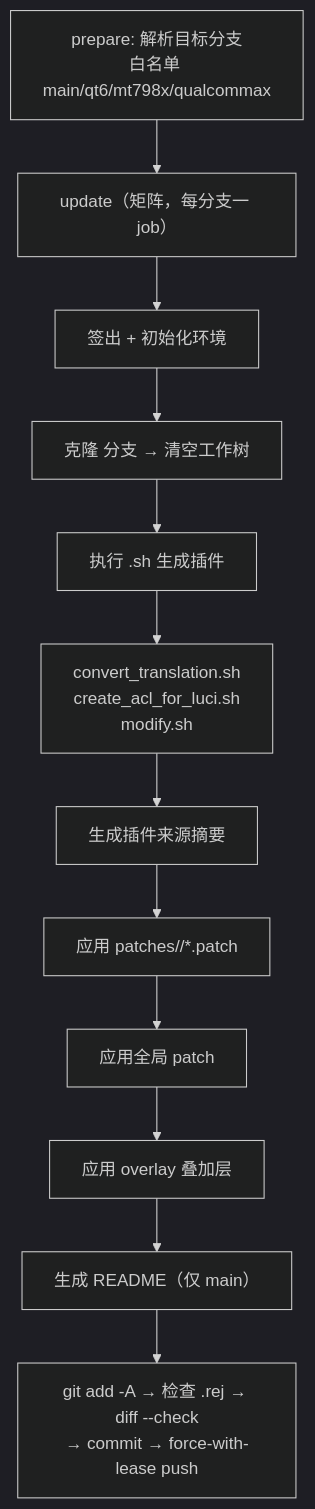
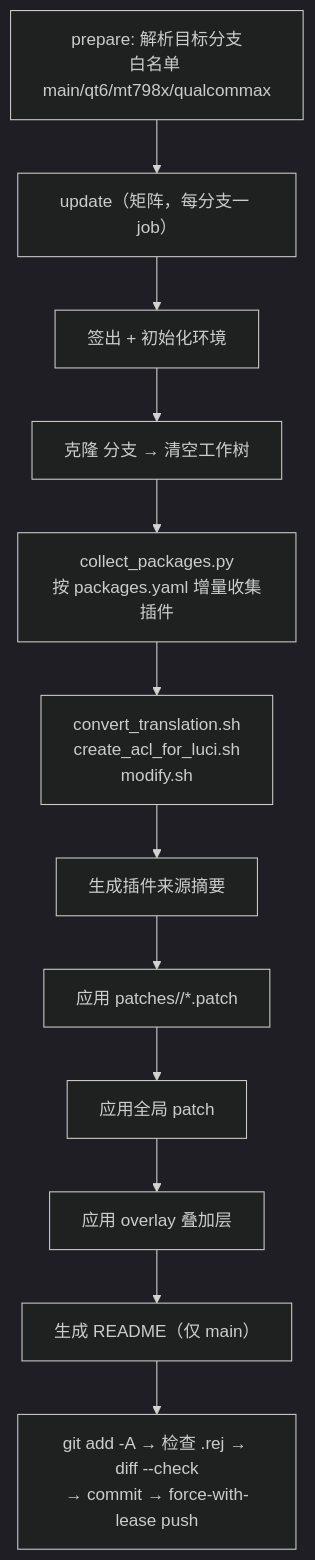
One commit to solarflows/AutoWorkFlows changed the sixth of 9 diagrams in docs/ci-flow.md. Above: the diagram before and after it, drawn with Mermaid (dark theme). The commit also changed other lines of this file and 2 other files, not shown here.

````diff
--- a/docs/ci-flow.md
+++ b/docs/ci-flow.md
@@ -303,14 +303,14 @@
 ```mermaid
 flowchart TD
     A["prepare: 解析目标分支<br/>白名单 main/qt6/mt798x/qualcommax"] --> B["update（矩阵，每分支一 job）"]
     B --> C["签出 + 初始化环境"]
     C --> D["克隆 <target> 分支 → 清空工作树"]
-    D --> E["执行 <target>.sh 生成插件"]
+    D --> E["collect_packages.py<br/>按 packages.yaml 增量收集插件"]
     E --> F["convert_translation.sh<br/>create_acl_for_luci.sh<br/>modify.sh"]
     F --> G["生成插件来源摘要"]
     G --> H["应用 patches/<target>/*.patch"]
     H --> I["应用全局 patch"]
     I --> J["应用 overlay 叠加层"]
     J --> K["生成 README（仅 main）"]
     K --> L["git add -A → 检查 .rej → diff --check<br/>→ commit → force-with-lease push"]
 ```
````
